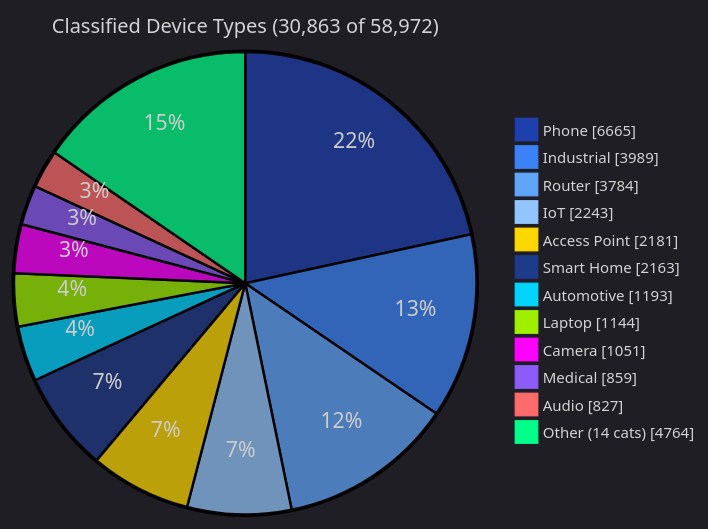
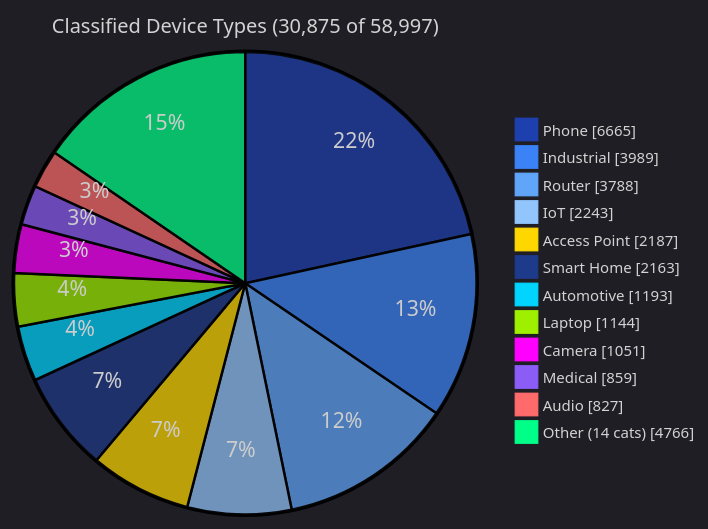
Before and after one commit to Ringmast4r/OUI-Master-Database: the fourth of 5 diagrams in README.md, drawn with Mermaid. The commit also changed other lines of this file and 14 other files, not shown here.

````diff
--- a/README.md
+++ b/README.md
@@ -170,17 +170,17 @@
 ```mermaid
 %%{init: {'theme':'dark', 'themeVariables': {'pie1':'#1E40AF','pie2':'#3B82F6','pie3':'#60A5FA','pie4':'#93C5FD','pie5':'#FFD700','pie6':'#1E3A8A','pie7':'#00D4FF','pie8':'#9FEF00','pie9':'#FF00FF','pie10':'#8B5CF6','pie11':'#FF6B6B','pie12':'#00FF88','pieTitleTextSize':'16px','pieLegendTextSize':'12px'}}}%%
 pie showData
-    title Classified Device Types (30,863 of 58,972)
+    title Classified Device Types (30,875 of 58,997)
     "Phone" : 6665
     "Industrial" : 3989
-    "Router" : 3784
+    "Router" : 3788
     "IoT" : 2243
-    "Access Point" : 2181
+    "Access Point" : 2187
     "Smart Home" : 2163
     "Automotive" : 1193
     "Laptop" : 1144
     "Camera" : 1051
     "Medical" : 859
     "Audio" : 827
-    "Other (14 cats)" : 4764
+    "Other (14 cats)" : 4766
 ```
````
